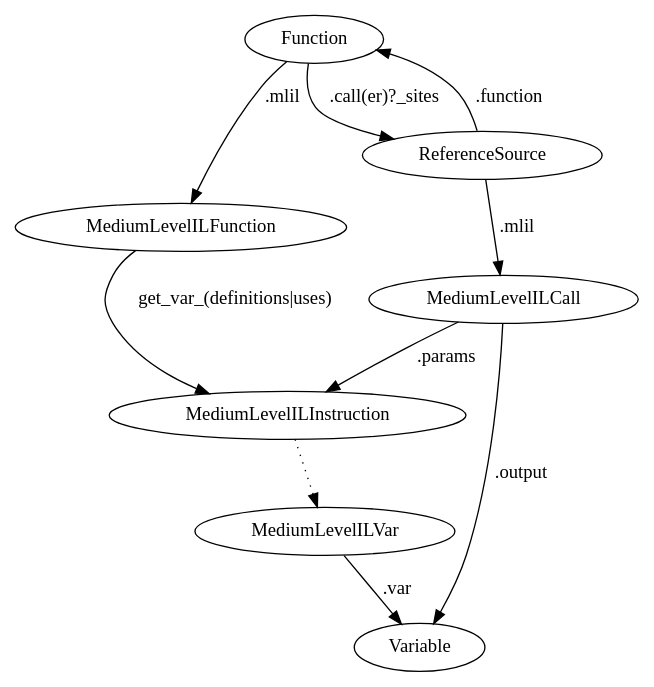
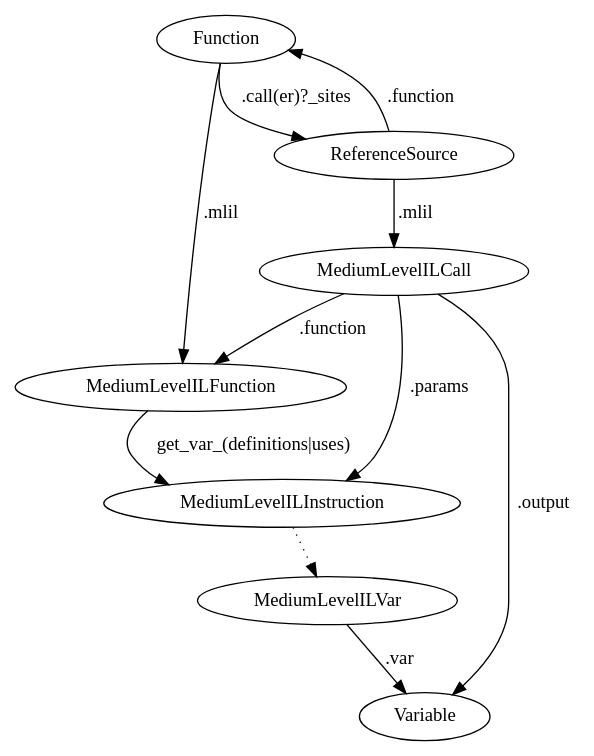
The diagram in mlil.gv (RioKato/binja-cheatsheet), drawn with Graphviz before and after one commit. The commit also changed 3 other files, not shown here.

```diff
--- a/mlil.gv
+++ b/mlil.gv
@@ -1,11 +1,12 @@
 digraph {
   Function -> MediumLevelILFunction [label=".mlil"];
   MediumLevelILFunction -> MediumLevelILInstruction [label="get_var_(definitions|uses)"];
   Function -> ReferenceSource [label=".call(er)?_sites"];
   ReferenceSource -> Function [label=".function"];
   ReferenceSource -> MediumLevelILCall [label=".mlil"];
+  MediumLevelILCall -> MediumLevelILFunction [label=".function"];
   MediumLevelILCall -> MediumLevelILInstruction [label=".params"];
   MediumLevelILInstruction -> MediumLevelILVar [style="dotted"];
   MediumLevelILVar -> Variable [label=".var"];
   MediumLevelILCall -> Variable [label=".output"];
 }
```
